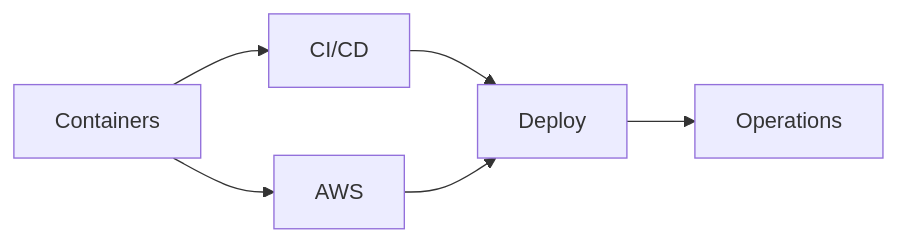
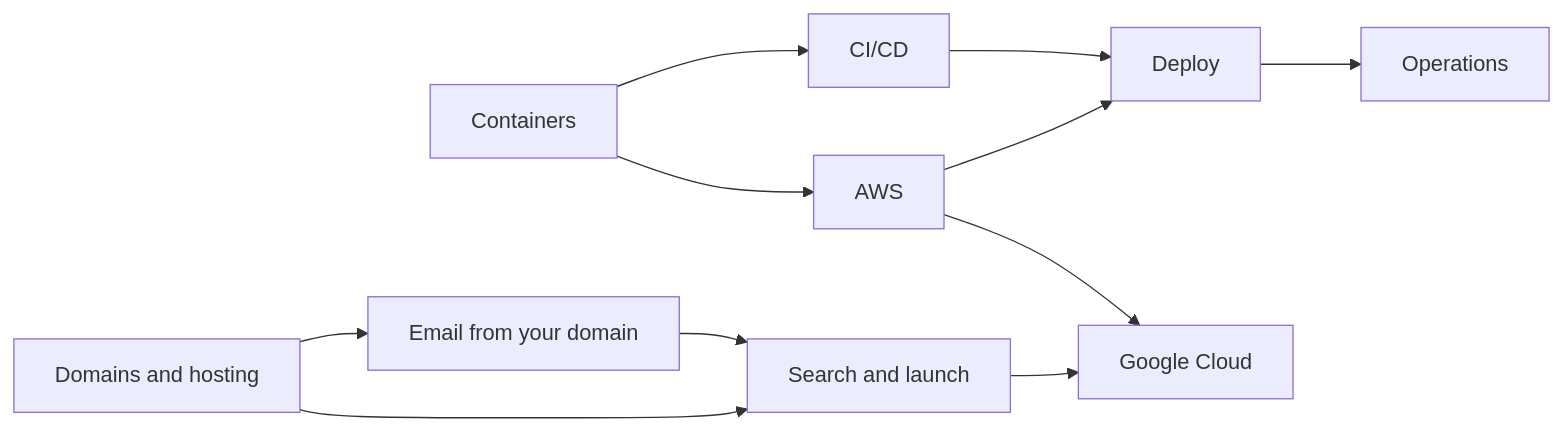
The diagram in docs/13-devops-and-cloud/index.md (faiyaz-svg/CSFromTheGroundUp), drawn with Mermaid before and after one commit. The commit also changed other lines of this file and 11 other files, not shown here.

Commit message:
add domains and hosting chapter

````diff
--- a/docs/13-devops-and-cloud/index.md
+++ b/docs/13-devops-and-cloud/index.md
@@ -13,8 +13,13 @@
 ```mermaid
 flowchart LR
     A["Containers"] --> B["CI/CD"]
     A --> C["AWS"]
     B --> D["Deploy"]
     C --> D
     D --> E["Operations"]
+    F["Domains and hosting"] --> G["Email from your domain"]
+    F --> H["Search and launch"]
+    G --> H
+    H --> I["Google Cloud"]
+    C --> I
 ```
````
